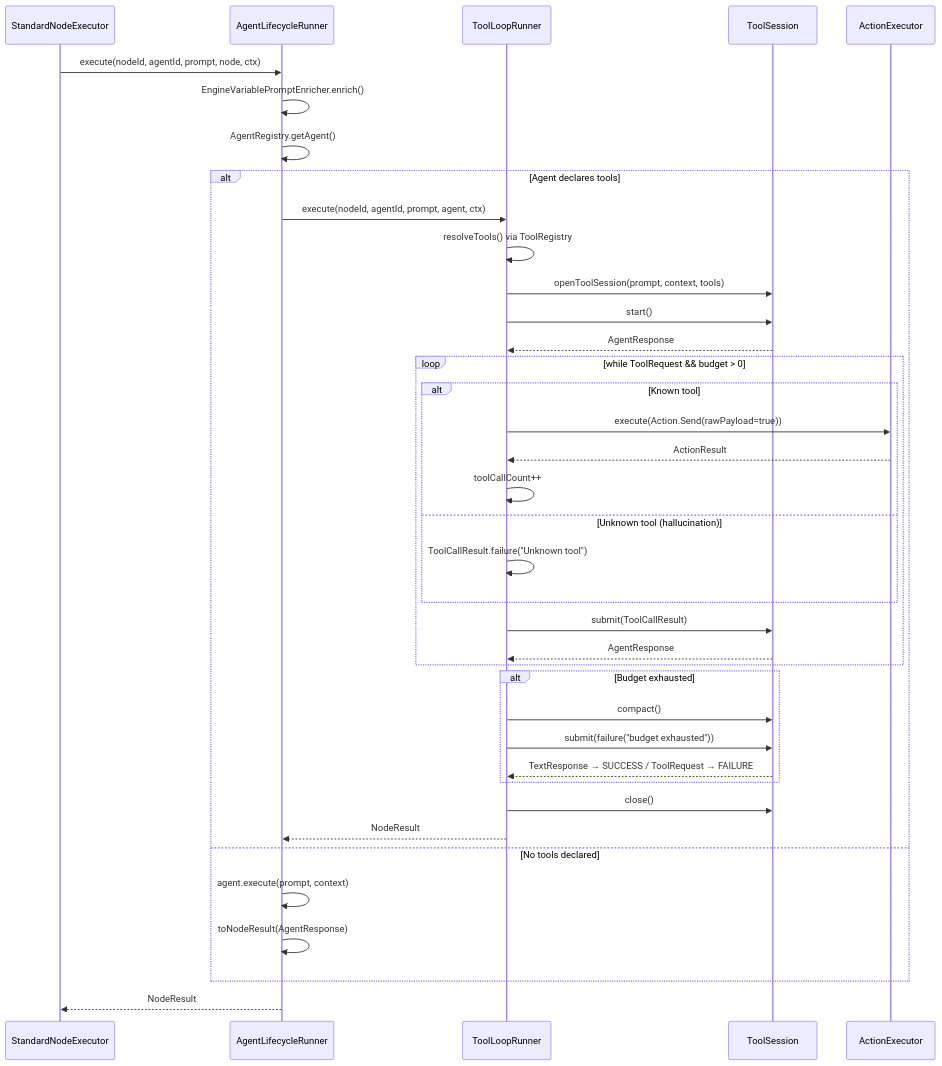
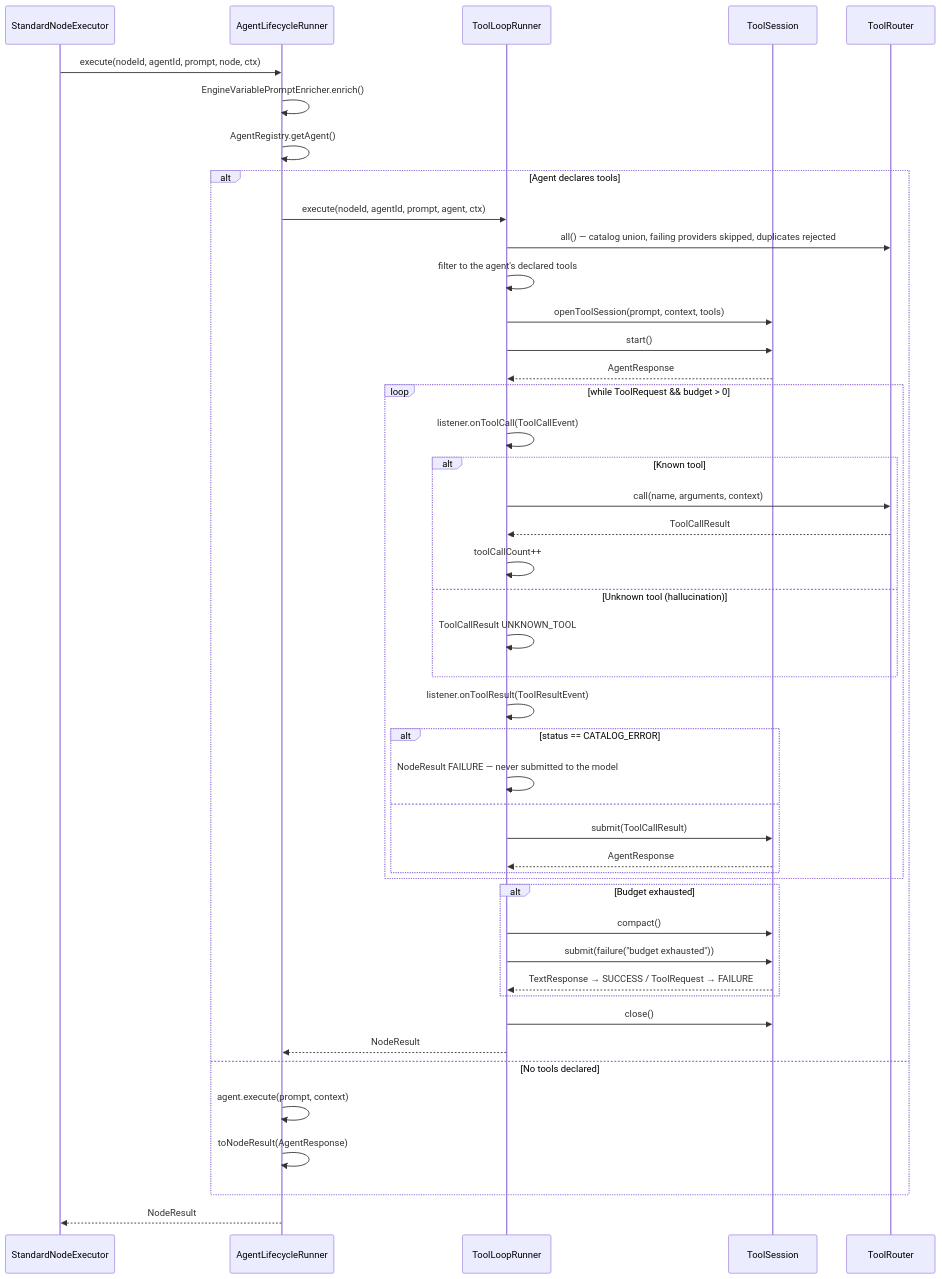
The third of 3 diagrams in docs/developer-guide-core.md (hensu-project/hensu), drawn with Mermaid before and after one commit. The commit also changed other lines of this file and 50 other files, not shown here.

````diff
--- a/docs/developer-guide-core.md
+++ b/docs/developer-guide-core.md
@@ -1006,47 +1006,54 @@
 ```mermaid
 sequenceDiagram
     participant SNE as StandardNodeExecutor
     participant ALR as AgentLifecycleRunner
     participant TLR as ToolLoopRunner
     participant TS as ToolSession
-    participant AE as ActionExecutor
+    participant TR as ToolRouter
 
     SNE->>ALR: execute(nodeId, agentId, prompt, node, ctx)
     ALR->>ALR: EngineVariablePromptEnricher.enrich()
     ALR->>ALR: AgentRegistry.getAgent()
 
     alt Agent declares tools
         ALR->>TLR: execute(nodeId, agentId, prompt, agent, ctx)
-        TLR->>TLR: resolveTools() via ToolRegistry
+        TLR->>TR: all() — catalog union, failing providers skipped, duplicates rejected
+        TLR->>TLR: filter to the agent's declared tools
         TLR->>TS: openToolSession(prompt, context, tools)
         TLR->>TS: start()
         TS-->>TLR: AgentResponse
 
         loop while ToolRequest && budget > 0
+            TLR->>TLR: listener.onToolCall(ToolCallEvent)
             alt Known tool
-                TLR->>AE: execute(Action.Send(rawPayload=true))
-                AE-->>TLR: ActionResult
+                TLR->>TR: call(name, arguments, context)
+                TR-->>TLR: ToolCallResult
                 TLR->>TLR: toolCallCount++
             else Unknown tool (hallucination)
-                TLR->>TLR: ToolCallResult.failure("Unknown tool")
+                TLR->>TLR: ToolCallResult UNKNOWN_TOOL
             end
-            TLR->>TS: submit(ToolCallResult)
-            TS-->>TLR: AgentResponse
+            TLR->>TLR: listener.onToolResult(ToolResultEvent)
+            alt status == CATALOG_ERROR
+                TLR->>TLR: NodeResult FAILURE — never submitted to the model
+            else
+                TLR->>TS: submit(ToolCallResult)
+                TS-->>TLR: AgentResponse
+            end
         end
 
         alt Budget exhausted
             TLR->>TS: compact()
             TLR->>TS: submit(failure("budget exhausted"))
             TS-->>TLR: TextResponse → SUCCESS / ToolRequest → FAILURE
         end
 
         TLR->>TS: close()
         TLR-->>ALR: NodeResult
 
     else No tools declared
         ALR->>ALR: agent.execute(prompt, context)
         ALR->>ALR: toNodeResult(AgentResponse)
     end
 
     ALR-->>SNE: NodeResult
 ```
````
